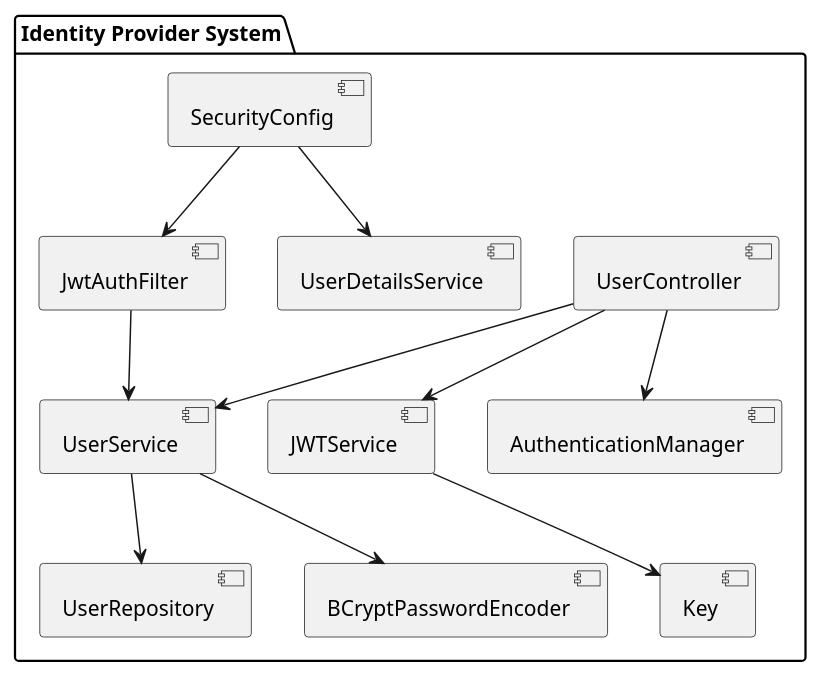
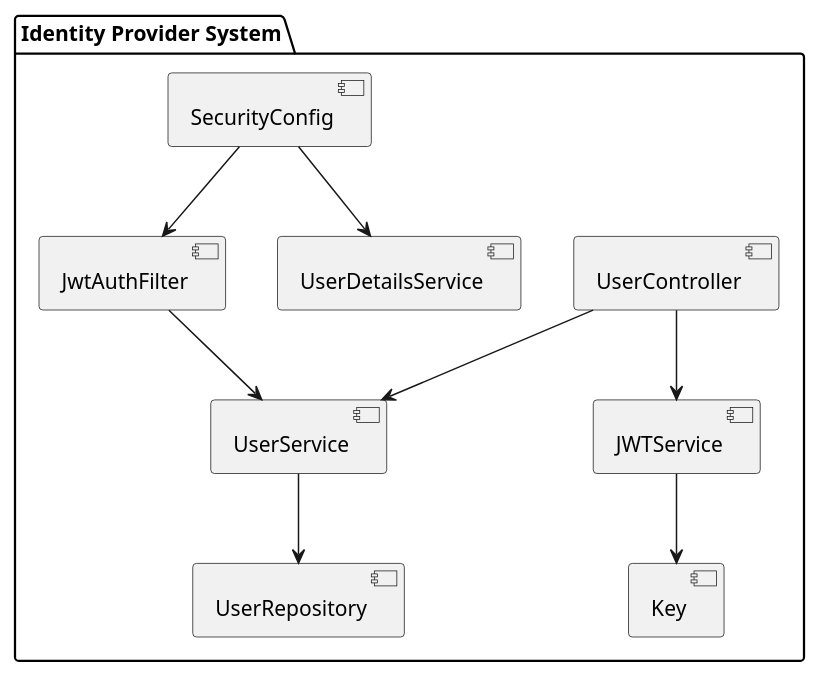
One commit to Dinesh-s95/AutoDoc.ai changed the diagram in identityprovider/documentation/architecturedesign.adoc. Above: the diagram before and after it, drawn with PlantUML. The commit also changed other lines of this file and 16 other files, not shown here.

```diff
--- a/identityprovider/documentation/architecturedesign.adoc
+++ b/identityprovider/documentation/architecturedesign.adoc
@@ -7,17 +7,15 @@
 [plantuml, system_architecture]
 ----
 @startuml
 package "Identity Provider System" {
   [UserController] --> [UserService]
   [UserController] --> [JWTService]
-  [UserController] --> [AuthenticationManager]
   [UserService] --> [UserRepository]
-  [UserService] --> [BCryptPasswordEncoder]
   [JWTService] --> [Key]
   [JwtAuthFilter] --> [UserService]
   [SecurityConfig] --> [JwtAuthFilter]
   [SecurityConfig] --> [UserDetailsService]
 }
 
 @enduml
 ----
```
